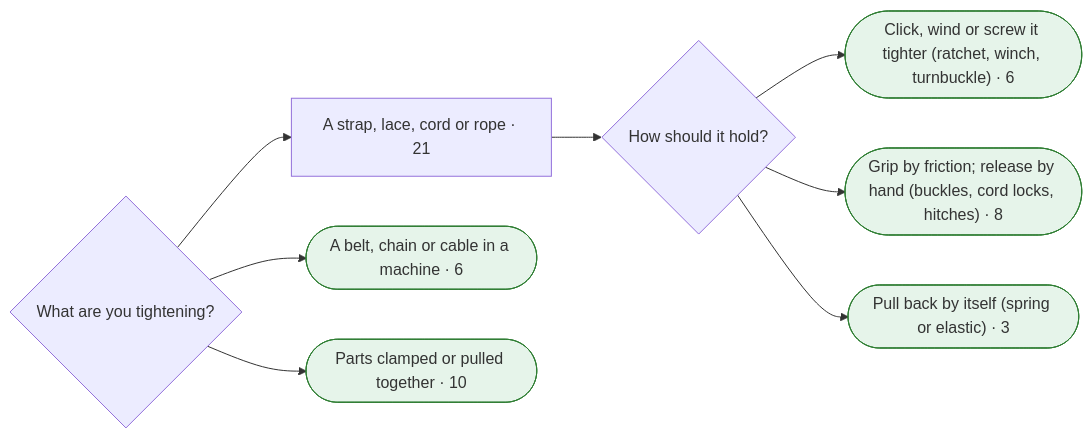
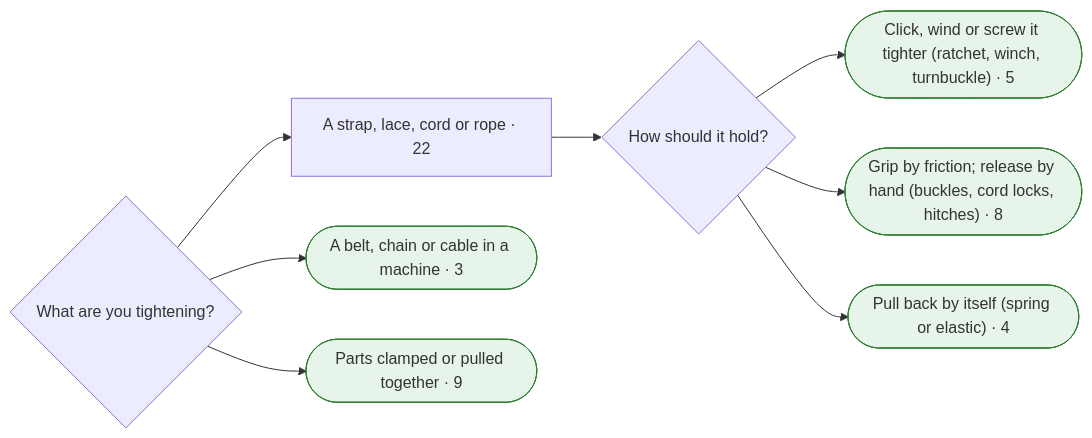
One commit to smileymcfrown/EncyclopediaOfConnections changed the seventh of 11 diagrams in research/finder-test/mermaid.md. Above: the diagram before and after it, drawn with Mermaid. The commit also changed other lines of this file and 420 other files, not shown here.

````diff
--- a/research/finder-test/mermaid.md
+++ b/research/finder-test/mermaid.md
@@ -777,25 +780,25 @@
 ```mermaid
 flowchart LR
-  q282{"What are you tightening?"}
-  a283["A strap, lace, cord or rope · 21"]
-  q282 --> a283
-  q284{"How should it hold?"}
-  a283 --> q284
-  a285(["Click, wind or screw it tighter (ratchet, winch, turnbuckle) · 6"])
-  q284 --> a285
-  class a285 leaf
-  a286(["Grip by friction; release by hand (buckles, cord locks, hitches) · 8"])
-  q284 --> a286
+  q283{"What are you tightening?"}
+  a284["A strap, lace, cord or rope · 22"]
+  q283 --> a284
+  q285{"How should it hold?"}
+  a284 --> q285
+  a286(["Click, wind or screw it tighter (ratchet, winch, turnbuckle) · 5"])
+  q285 --> a286
   class a286 leaf
-  a287(["Pull back by itself (spring or elastic) · 3"])
-  q284 --> a287
+  a287(["Grip by friction; release by hand (buckles, cord locks, hitches) · 8"])
+  q285 --> a287
   class a287 leaf
-  a288(["A belt, chain or cable in a machine · 6"])
-  q282 --> a288
+  a288(["Pull back by itself (spring or elastic) · 4"])
+  q285 --> a288
   class a288 leaf
-  a289(["Parts clamped or pulled together · 10"])
-  q282 --> a289
+  a289(["A belt, chain or cable in a machine · 3"])
+  q283 --> a289
   class a289 leaf
+  a290(["Parts clamped or pulled together · 9"])
+  q283 --> a290
+  class a290 leaf
   classDef leaf fill:#e6f4ea,stroke:#2e7d32
   classDef more fill:#fff4e5,stroke:#b26a00
 ```
````
